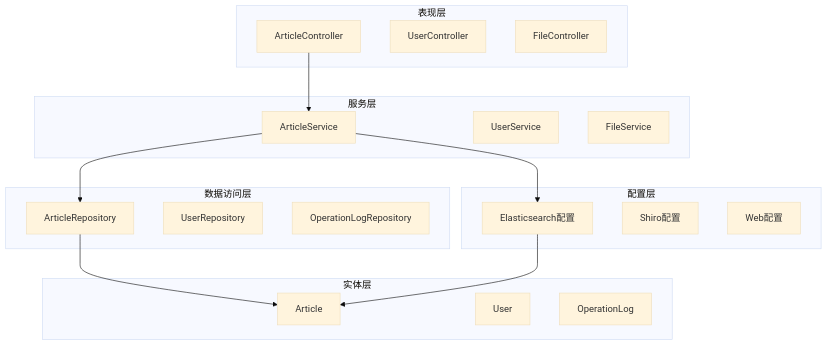
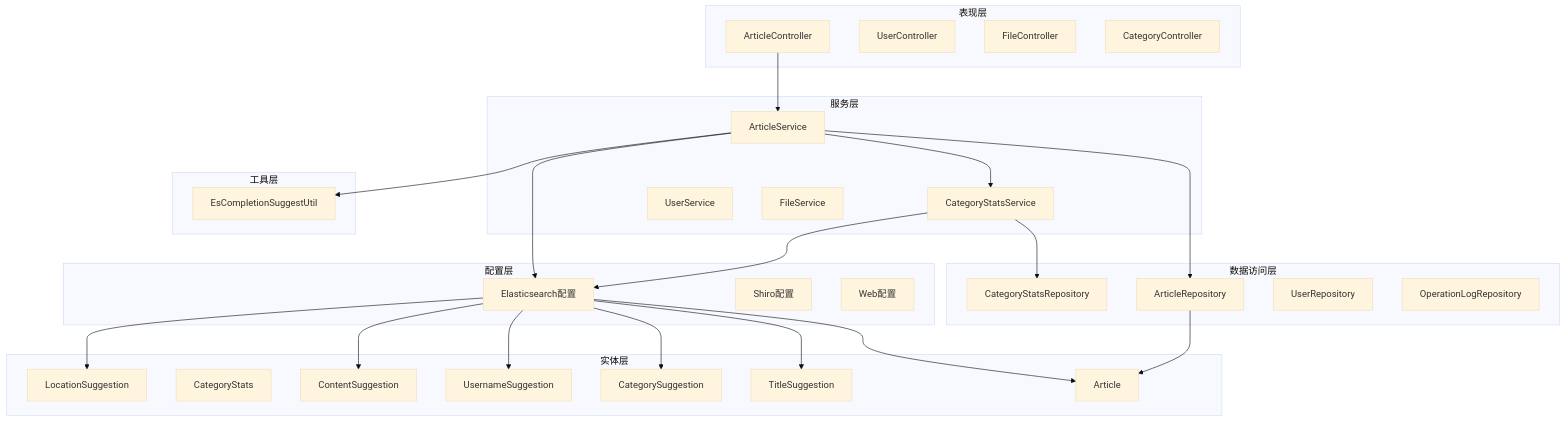
The first of 9 diagrams in .qoder/repowiki/zh/content/文章内容管理/文章服务层实现/文章服务层实现.md (20164206160/zhishilu), drawn with Mermaid (base theme) before and after one commit. The commit also changed other lines of this file and 28 other files, not shown here.

````diff
--- a/.qoder/repowiki/zh/content/文章内容管理/文章服务层实现/文章服务层实现.md
+++ b/.qoder/repowiki/zh/content/文章内容管理/文章服务层实现/文章服务层实现.md
@@ -39,33 +67,52 @@
 ```mermaid
 graph TB
 subgraph "表现层"
 AC[ArticleController]
 UC[UserController]
 FC[FileController]
+CC[CategoryController]
 end
 subgraph "服务层"
 AS[ArticleService]
+CSS[CategoryStatsService]
 US[UserService]
 FS[FileService]
 end
 subgraph "数据访问层"
 AR[ArticleRepository]
+CSR[CategoryStatsRepository]
 UR[UserRepository]
 LR[OperationLogRepository]
 end
 subgraph "实体层"
 AE[Article]
-UE[User]
-LE[OperationLog]
+CS[CategoryStats]
+TS[TitleSuggestion]
+CSug[CategorySuggestion]
+UsS[UsernameSuggestion]
+ContS[ContentSuggestion]
+LocS[LocationSuggestion]
+end
+subgraph "工具层"
+ESCU[EsCompletionSuggestUtil]
 end
 subgraph "配置层"
 EC[Elasticsearch配置]
 SC[Shiro配置]
 WC[Web配置]
 end
 AC --> AS
 AS --> AR
 AR --> AE
+AS --> CSS
+CSS --> CSR
 AS --> EC
+CSS --> EC
 EC --> AE
+EC --> TS
+EC --> CSug
+EC --> UsS
+EC --> ContS
+EC --> LocS
+AS --> ESCU
 ```
````
